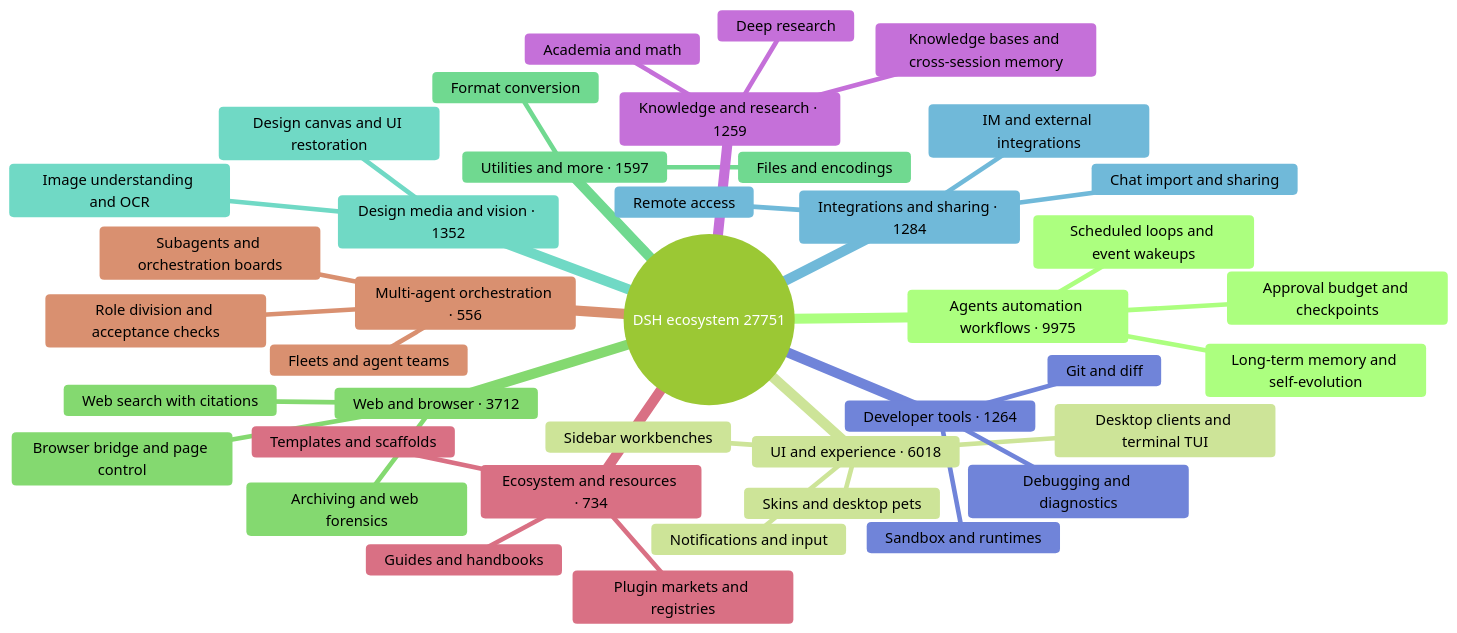
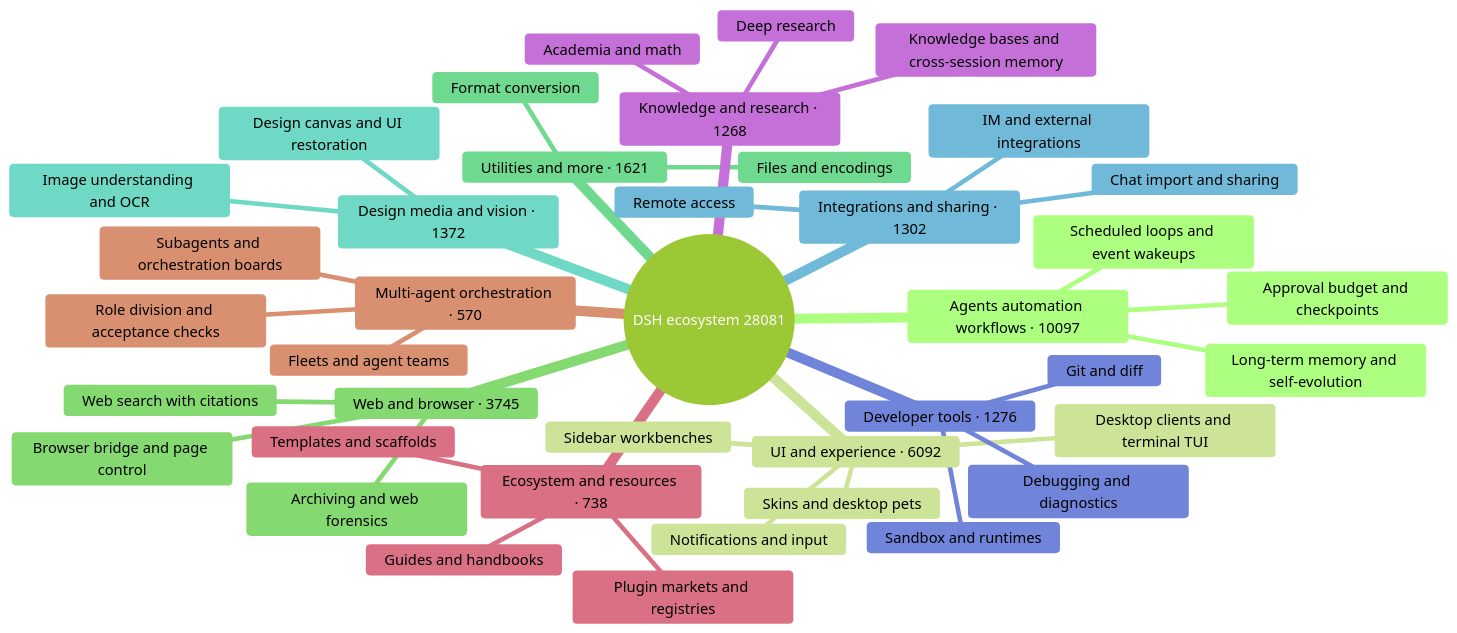
One commit to bruc3van/awesome-dsh-plugin changed the diagram in README_EN.md. Above: the diagram before and after it, drawn with Mermaid (forest theme). The commit also changed other lines of this file and 28 other files, not shown here.

````diff
--- a/README_EN.md
+++ b/README_EN.md
@@ -32,43 +32,43 @@
 ```mermaid
 mindmap
-  root((DSH ecosystem 27751))
-    Agents automation workflows · 9975
+  root((DSH ecosystem 28081))
+    Agents automation workflows · 10097
       Scheduled loops and event wakeups
       Long-term memory and self-evolution
       Approval budget and checkpoints
-    UI and experience · 6018
+    UI and experience · 6092
       Desktop clients and terminal TUI
       Sidebar workbenches
       Skins and desktop pets
       Notifications and input
-    Web and browser · 3712
+    Web and browser · 3745
       Browser bridge and page control
       Web search with citations
       Archiving and web forensics
-    Utilities and more · 1597
+    Utilities and more · 1621
       Files and encodings
       Format conversion
-    Design media and vision · 1352
+    Design media and vision · 1372
       Image understanding and OCR
       Design canvas and UI restoration
-    Integrations and sharing · 1284
+    Integrations and sharing · 1302
       Chat import and sharing
       Remote access
       IM and external integrations
-    Developer tools · 1264
+    Developer tools · 1276
       Git and diff
       Sandbox and runtimes
       Debugging and diagnostics
-    Knowledge and research · 1259
+    Knowledge and research · 1268
       Knowledge bases and cross-session memory
       Deep research
       Academia and math
-    Ecosystem and resources · 734
+    Ecosystem and resources · 738
       Plugin markets and registries
       Templates and scaffolds
       Guides and handbooks
-    Multi-agent orchestration · 556
+    Multi-agent orchestration · 570
       Subagents and orchestration boards
       Fleets and agent teams
       Role division and acceptance checks
 ```
````
